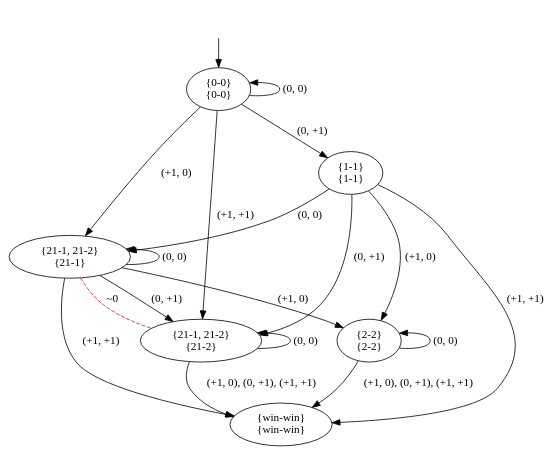
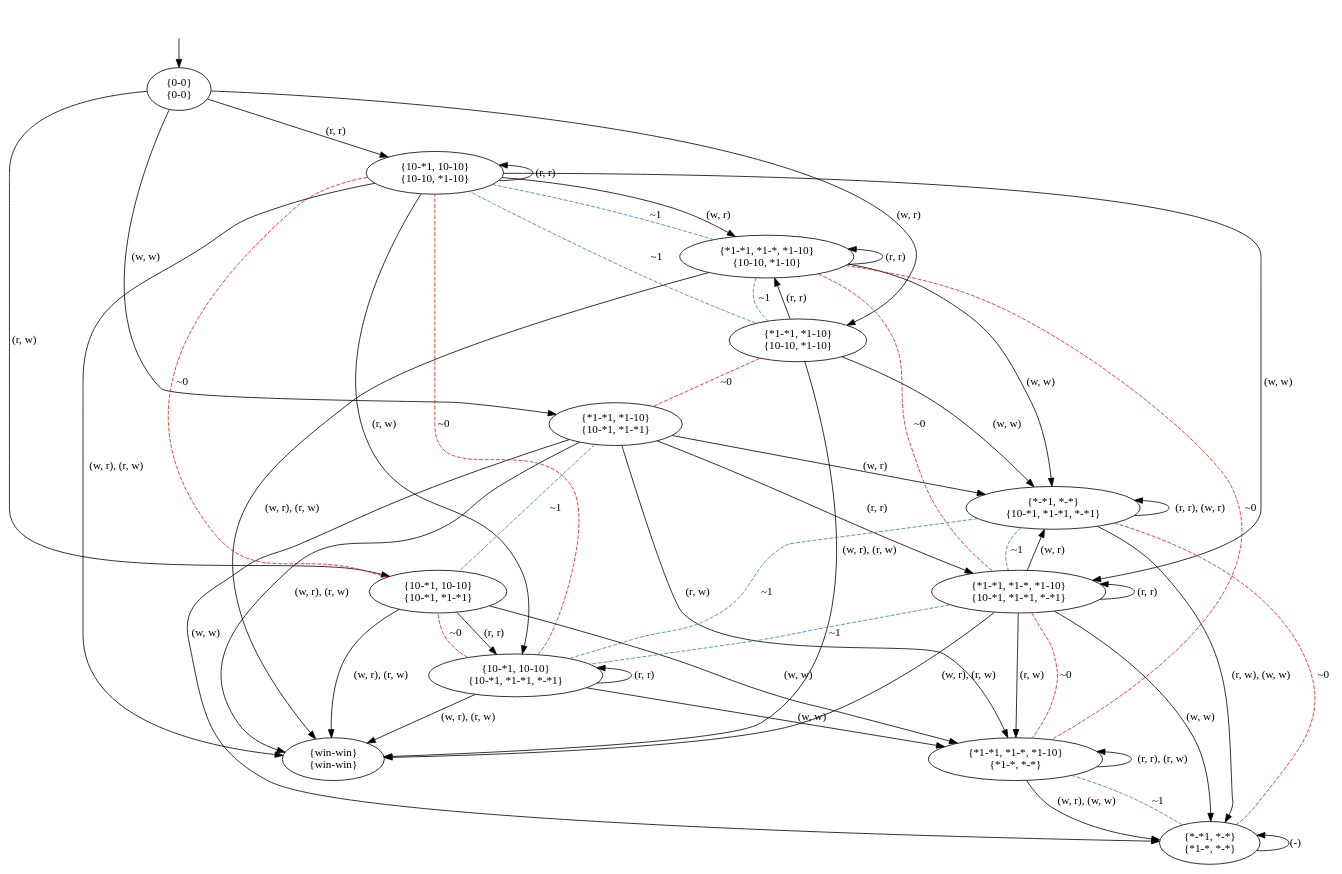
Before and after one commit to olandr/mkbsc: the diagram in pictures/GK2.dot, drawn with Graphviz. The commit also changed 14 other files, not shown here.

```diff
--- a/pictures/GK2.dot
+++ b/pictures/GK2.dot
@@ -1,31 +1,72 @@
 digraph  {
 concentrate=False;
 nodesep=0.5;
 ranksep=0.5;
 splines=True;
-4477557112 [label="{0-0}\n{0-0}"];
-4477558176 [label="{21-1, 21-2}\n{21-1}"];
-4477556440 [label="{1-1}\n{1-1}"];
-4477555824 [label="{21-1, 21-2}\n{21-2}"];
-4477557728 [label="{2-2}\n{2-2}"];
-4477555768 [label="{win-win}\n{win-win}"];
+4687100336 [label="{0-0}\n{0-0}"];
+4687100504 [label="{10-*1, 10-10}\n{10-10, *1-10}"];
+4687100952 [label="{*1-*1, *1-10}\n{10-10, *1-10}"];
+4687101288 [label="{10-*1, 10-10}\n{10-*1, *1-*1}"];
+4687101456 [label="{*1-*1, *1-10}\n{10-*1, *1-*1}"];
+4686323552 [label="{win-win}\n{win-win}"];
+4686533632 [label="{*1-*1, *1-*, *1-10}\n{10-10, *1-10}"];
+4686533184 [label="{10-*1, 10-10}\n{10-*1, *1-*1, *-*1}"];
+4686533408 [label="{*1-*1, *1-*, *1-10}\n{10-*1, *1-*1, *-*1}"];
+4686533016 [label="{*-*1, *-*}\n{10-*1, *1-*1, *-*1}"];
+4686534360 [label="{*1-*1, *1-*, *1-10}\n{*1-*, *-*}"];
+4686536208 [label="{*-*1, *-*}\n{*1-*, *-*}"];
 hidden [label="", shape=none];
-4477557112 -> 4477557112  [action="('0', '0')", dir=back, key="('0', '0')", label="(0, 0)"];
-4477557112 -> 4477558176  [action="('+1', '0')", key="('+1', '0')", label="(+1, 0)"];
-4477557112 -> 4477556440  [action="('0', '+1')", key="('0', '+1')", label="(0, +1)"];
-4477557112 -> 4477555824  [action="('+1', '+1')", key="('+1', '+1')", label="(+1, +1)"];
-4477558176 -> 4477558176  [action="('0', '0')", dir=back, key="('0', '0')", label="(0, 0)"];
-4477558176 -> 4477557728  [action="('+1', '0')", key="('+1', '0')", label="(+1, 0)"];
-4477558176 -> 4477555824  [action="('0', '+1')", key="('0', '+1')", label="(0, +1)"];
-4477558176 -> 4477555824  [arrowhead=none, color=1, colorscheme=set19, constraint=True, key=1, label="~0", style=dashed];
-4477558176 -> 4477555768  [action="('+1', '+1')", key="('+1', '+1')", label="(+1, +1)"];
-4477556440 -> 4477558176  [action="('0', '0')", key="('0', '0')", label="(0, 0)"];
-4477556440 -> 4477557728  [action="('+1', '0')", key="('+1', '0')", label="(+1, 0)"];
-4477556440 -> 4477555824  [action="('0', '+1')", key="('0', '+1')", label="(0, +1)"];
-4477556440 -> 4477555768  [action="('+1', '+1')", key="('+1', '+1')", label="(+1, +1)"];
-4477555824 -> 4477555824  [action="('0', '0')", dir=back, key="('0', '0')", label="(0, 0)"];
-4477555824 -> 4477555768  [action="(('+1', '0'), ('0', '+1'), ('+1', '+1'))", key="(('+1', '0'), ('0', '+1'), ('+1', '+1'))", label="(+1, 0), (0, +1), (+1, +1)"];
-4477557728 -> 4477557728  [action="('0', '0')", dir=back, key="('0', '0')", label="(0, 0)"];
-4477557728 -> 4477555768  [action="(('+1', '0'), ('0', '+1'), ('+1', '+1'))", key="(('+1', '0'), ('0', '+1'), ('+1', '+1'))", label="(+1, 0), (0, +1), (+1, +1)"];
-hidden -> 4477557112  [key=0];
+4687100336 -> 4687100504  [action="('r', 'r')", key="('r', 'r')", label="(r, r)"];
+4687100336 -> 4687100952  [action="('w', 'r')", key="('w', 'r')", label="(w, r)"];
+4687100336 -> 4687101288  [action="('r', 'w')", key="('r', 'w')", label="(r, w)"];
+4687100336 -> 4687101456  [action="('w', 'w')", key="('w', 'w')", label="(w, w)"];
+4687100504 -> 4687100504  [action="('r', 'r')", dir=back, key="('r', 'r')", label="(r, r)"];
+4687100504 -> 4686533632  [action="('w', 'r')", key="('w', 'r')", label="(w, r)"];
+4687100504 -> 4686533184  [action="('r', 'w')", key="('r', 'w')", label="(r, w)"];
+4687100504 -> 4686533408  [action="('w', 'w')", key="('w', 'w')", label="(w, w)"];
+4687100504 -> 4686323552  [action="(('w', 'r'), ('r', 'w'))", key="(('w', 'r'), ('r', 'w'))", label="(w, r), (r, w)"];
+4687100504 -> 4687101288  [arrowhead=none, color=1, colorscheme=set19, constraint=True, key=0, label="~0", style=dashed];
+4687100952 -> 4686533632  [action="('r', 'r')", key="('r', 'r')", label="(r, r)"];
+4687100952 -> 4686533016  [action="('w', 'w')", key="('w', 'w')", label="(w, w)"];
+4687100952 -> 4686323552  [action="(('w', 'r'), ('r', 'w'))", key="(('w', 'r'), ('r', 'w'))", label="(w, r), (r, w)"];
+4687100952 -> 4687101456  [arrowhead=none, color=1, colorscheme=set19, constraint=True, key=0, label="~0", style=dashed];
+4687100952 -> 4687100504  [arrowhead=none, color=2, colorscheme=set19, constraint=True, key=0, label="~1", style=dashed];
+4687101288 -> 4686533184  [action="('r', 'r')", key="('r', 'r')", label="(r, r)"];
+4687101288 -> 4686534360  [action="('w', 'w')", key="('w', 'w')", label="(w, w)"];
+4687101288 -> 4686323552  [action="(('w', 'r'), ('r', 'w'))", key="(('w', 'r'), ('r', 'w'))", label="(w, r), (r, w)"];
+4687101456 -> 4686533408  [action="('r', 'r')", key="('r', 'r')", label="(r, r)"];
+4687101456 -> 4686533016  [action="('w', 'r')", key="('w', 'r')", label="(w, r)"];
+4687101456 -> 4686534360  [action="('r', 'w')", key="('r', 'w')", label="(r, w)"];
+4687101456 -> 4686536208  [action="('w', 'w')", key="('w', 'w')", label="(w, w)"];
+4687101456 -> 4686323552  [action="(('w', 'r'), ('r', 'w'))", key="(('w', 'r'), ('r', 'w'))", label="(w, r), (r, w)"];
+4687101456 -> 4687101288  [arrowhead=none, color=2, colorscheme=set19, constraint=True, key=0, label="~1", style=dashed];
+4686533632 -> 4686533632  [action="('r', 'r')", dir=back, key="('r', 'r')", label="(r, r)"];
+4686533632 -> 4686533016  [action="('w', 'w')", key="('w', 'w')", label="(w, w)"];
+4686533632 -> 4686323552  [action="(('w', 'r'), ('r', 'w'))", key="(('w', 'r'), ('r', 'w'))", label="(w, r), (r, w)"];
+4686533632 -> 4686533408  [arrowhead=none, color=1, colorscheme=set19, constraint=True, key=0, label="~0", style=dashed];
+4686533632 -> 4686534360  [arrowhead=none, color=1, colorscheme=set19, constraint=True, key=0, label="~0", style=dashed];
+4686533632 -> 4687100952  [arrowhead=none, color=2, colorscheme=set19, constraint=True, key=0, label="~1", style=dashed];
+4686533632 -> 4687100504  [arrowhead=none, color=2, colorscheme=set19, constraint=True, key=0, label="~1", style=dashed];
+4686533184 -> 4686533184  [action="('r', 'r')", dir=back, key="('r', 'r')", label="(r, r)"];
+4686533184 -> 4686534360  [action="('w', 'w')", key="('w', 'w')", label="(w, w)"];
+4686533184 -> 4686323552  [action="(('w', 'r'), ('r', 'w'))", key="(('w', 'r'), ('r', 'w'))", label="(w, r), (r, w)"];
+4686533184 -> 4687100504  [arrowhead=none, color=1, colorscheme=set19, constraint=True, key=0, label="~0", style=dashed];
+4686533184 -> 4687101288  [arrowhead=none, color=1, colorscheme=set19, constraint=True, key=0, label="~0", style=dashed];
+4686533408 -> 4686533408  [action="('r', 'r')", dir=back, key="('r', 'r')", label="(r, r)"];
+4686533408 -> 4686533016  [action="('w', 'r')", key="('w', 'r')", label="(w, r)"];
+4686533408 -> 4686534360  [action="('r', 'w')", key="('r', 'w')", label="(r, w)"];
+4686533408 -> 4686534360  [arrowhead=none, color=1, colorscheme=set19, constraint=True, key=1, label="~0", style=dashed];
+4686533408 -> 4686536208  [action="('w', 'w')", key="('w', 'w')", label="(w, w)"];
+4686533408 -> 4686323552  [action="(('w', 'r'), ('r', 'w'))", key="(('w', 'r'), ('r', 'w'))", label="(w, r), (r, w)"];
+4686533408 -> 4686533184  [arrowhead=none, color=2, colorscheme=set19, constraint=True, key=0, label="~1", style=dashed];
+4686533016 -> 4686533016  [action="(('r', 'r'), ('w', 'r'))", dir=back, key="(('r', 'r'), ('w', 'r'))", label="(r, r), (w, r)"];
+4686533016 -> 4686536208  [action="(('r', 'w'), ('w', 'w'))", key="(('r', 'w'), ('w', 'w'))", label="(r, w), (w, w)"];
+4686533016 -> 4686536208  [arrowhead=none, color=1, colorscheme=set19, constraint=True, key=1, label="~0", style=dashed];
+4686533016 -> 4686533408  [arrowhead=none, color=2, colorscheme=set19, constraint=True, key=0, label="~1", style=dashed];
+4686533016 -> 4686533184  [arrowhead=none, color=2, colorscheme=set19, constraint=True, key=0, label="~1", style=dashed];
+4686534360 -> 4686534360  [action="(('r', 'r'), ('r', 'w'))", dir=back, key="(('r', 'r'), ('r', 'w'))", label="(r, r), (r, w)"];
+4686534360 -> 4686536208  [action="(('w', 'r'), ('w', 'w'))", key="(('w', 'r'), ('w', 'w'))", label="(w, r), (w, w)"];
+4686536208 -> 4686536208  [action="(('r', 'r'), ('w', 'r'), ('r', 'w'), ('w', 'w'))", dir=back, key="(('r', 'r'), ('w', 'r'), ('r', 'w'), ('w', 'w'))", label="(-)"];
+4686536208 -> 4686534360  [arrowhead=none, color=2, colorscheme=set19, constraint=True, key=0, label="~1", style=dashed];
+hidden -> 4687100336  [key=0];
 }
```
